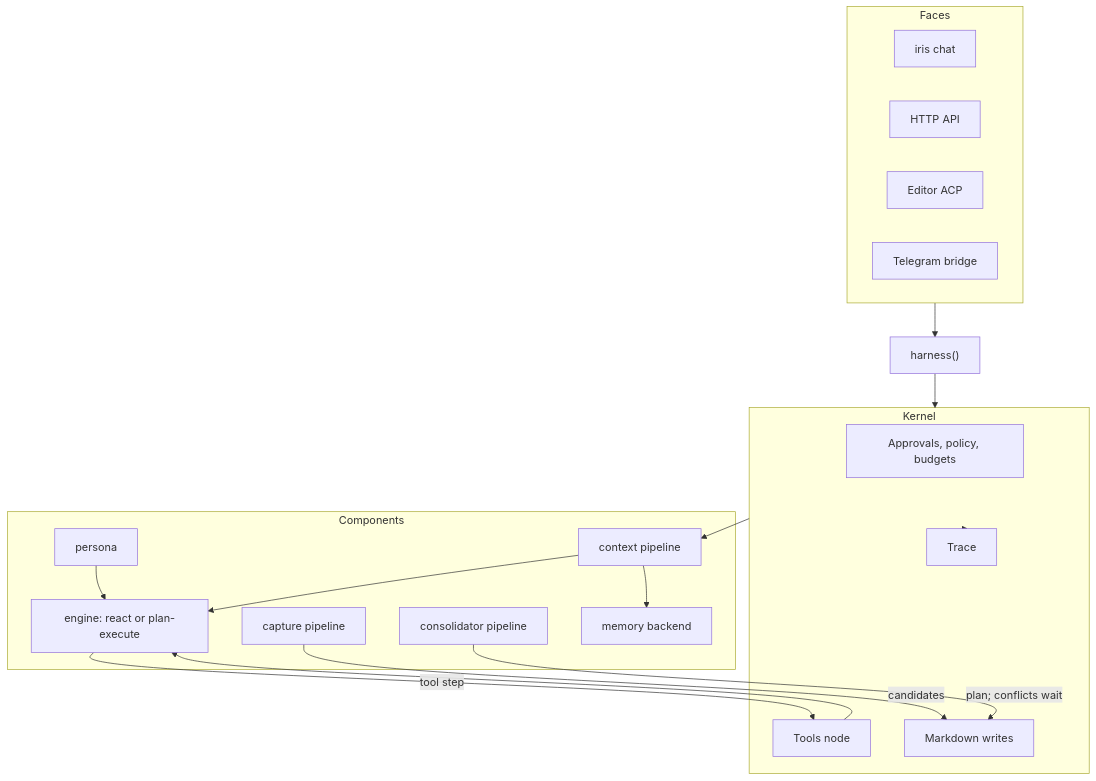
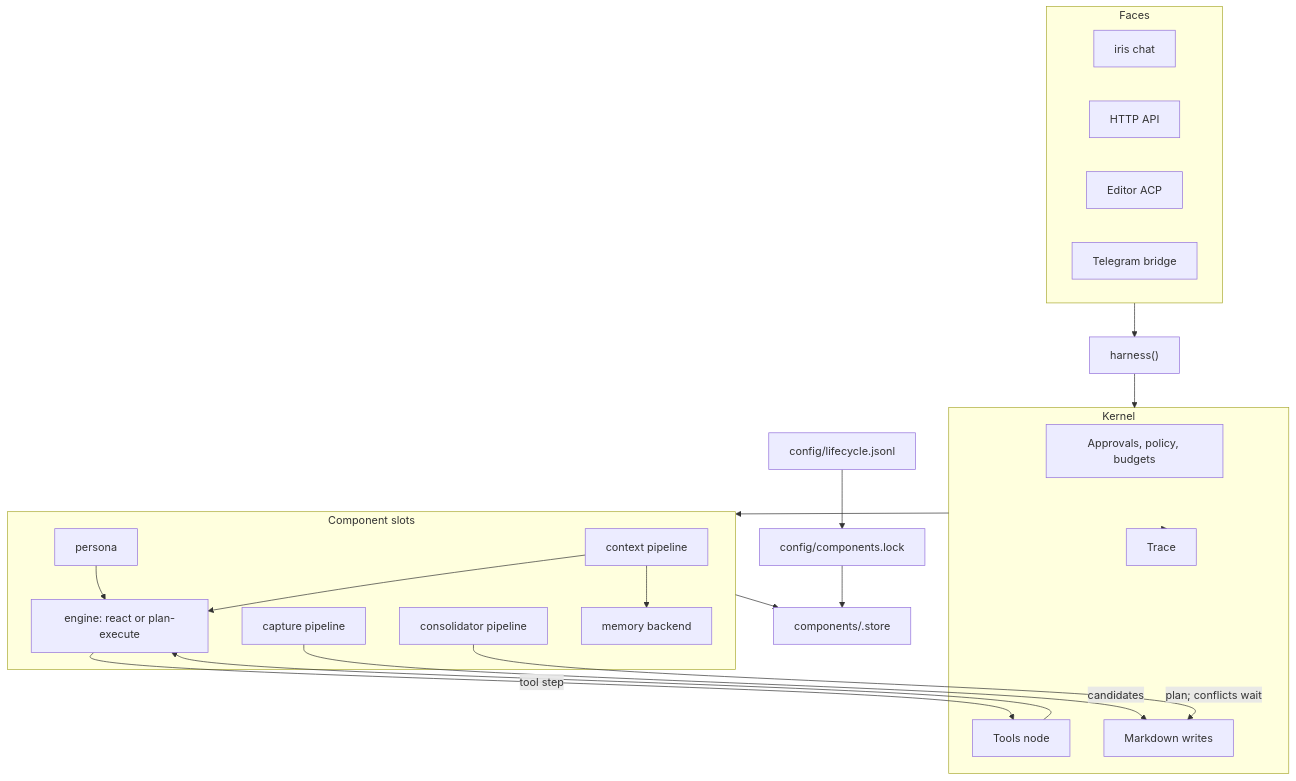
The first of 4 diagrams in README.md (omhome16/Iris), drawn with Mermaid before and after one commit. The commit also changed other lines of this file, not shown here.

First line of the commit message:
docs: describe the pinned harness and why components swap

````diff
--- a/README.md
+++ b/README.md
@@ -60,34 +67,37 @@
 ```mermaid
 flowchart TB
   subgraph faces ["Faces"]
     chat["iris chat"]
     http["HTTP API"]
     acp["Editor ACP"]
     telegram["Telegram bridge"]
   end
   faces --> harness["harness()"]
   subgraph kernel ["Kernel"]
     policy["Approvals, policy, budgets"]
     tools["Tools node"]
     writes["Markdown writes"]
     trace["Trace"]
   end
   harness --> kernel
-  subgraph parts ["Components"]
+  subgraph parts ["Component slots"]
     context["context pipeline"]
     engine["engine: react or plan-execute"]
     persona["persona"]
     capture["capture pipeline"]
     consolidator["consolidator pipeline"]
     memory["memory backend"]
   end
-  kernel --> context
+  kernel --> parts
   persona --> engine
   context --> engine
   context --> memory
   engine -->|"tool step"| tools
   tools --> engine
   capture -->|"candidates"| writes
   consolidator -->|"plan; conflicts wait"| writes
   kernel --> trace
+  parts --> store["components/.store"]
+  lock["config/components.lock"] --> store
+  journal["config/lifecycle.jsonl"] --> lock
 ```
````
